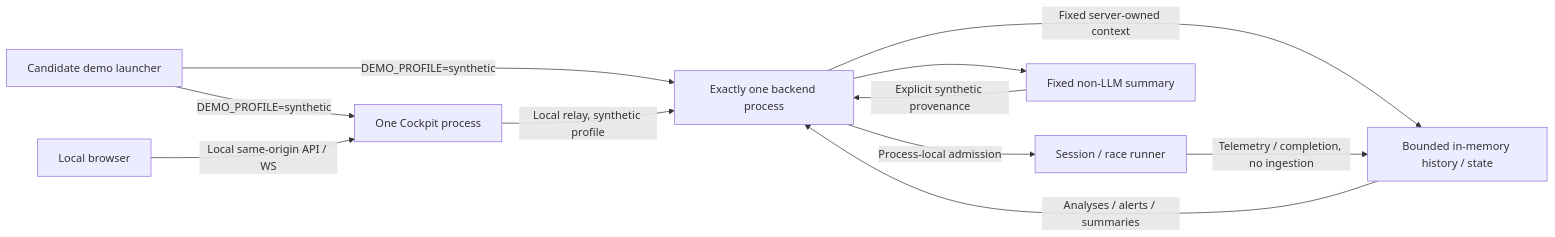
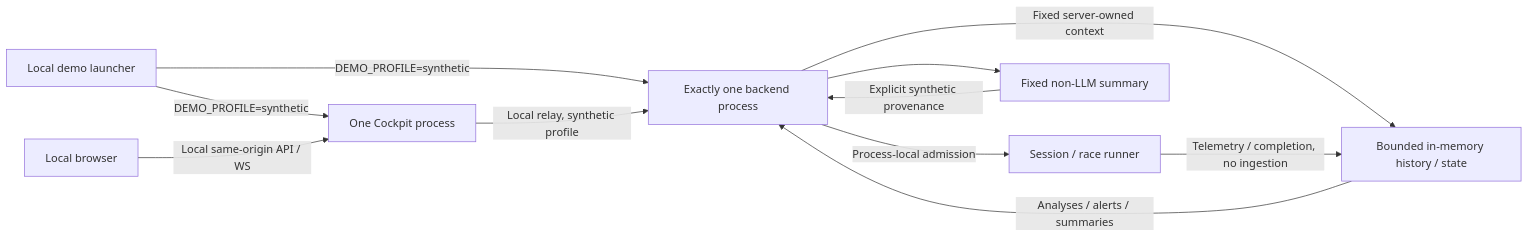
Before and after one commit to ribumann/fabrictritwin: the third of 4 diagrams in docs/release-architecture.md, drawn with Mermaid. The commit also changed other lines of this file and 59 other files, not shown here.

````diff
--- a/docs/release-architecture.md
+++ b/docs/release-architecture.md
@@ -143,21 +140,21 @@
 ```mermaid
 flowchart LR
     Browser["Local browser"]
-    Launcher["Candidate demo launcher"]
+    Launcher["Local demo launcher"]
     Cockpit["One Cockpit process"]
     Backend["Exactly one backend process"]
     Memory["Bounded in-memory history / state"]
     Run["Session / race runner"]
     Assistant["Fixed non-LLM summary"]
 
     Launcher -->|"DEMO_PROFILE=synthetic"| Cockpit
     Launcher -->|"DEMO_PROFILE=synthetic"| Backend
     Browser -->|"Local same-origin API / WS"| Cockpit
     Cockpit -->|"Local relay, synthetic profile"| Backend
     Backend -->|"Fixed server-owned context"| Memory
     Backend -->|"Process-local admission"| Run
     Run -->|"Telemetry / completion, no ingestion"| Memory
     Memory -->|"Analyses / alerts / summaries"| Backend
     Backend --> Assistant
     Assistant -->|"Explicit synthetic provenance"| Backend
 ```
````
